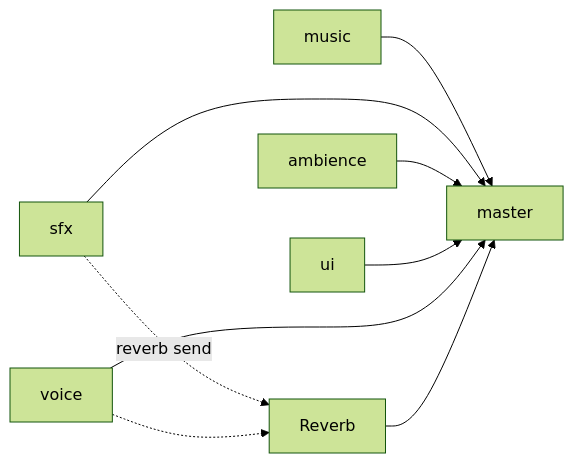
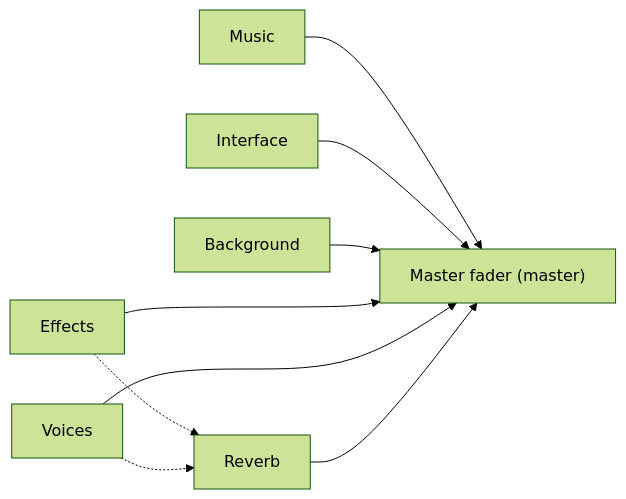
One commit to ChristianHohlfeld/kernengine.de changed the diagram in kern/docs/book-green/07-audio.md. Above: the diagram before and after it, drawn with Mermaid (forest theme). The commit also changed other lines of this file and 22 other files, not shown here.

````diff
--- a/kern/docs/book-green/07-audio.md
+++ b/kern/docs/book-green/07-audio.md
@@ -109,11 +170,12 @@
 ```mermaid
+%% Caption: Five buses drive to the master fader; some of the sounds take the detour through the reverb
 flowchart LR
-  M[music] --> MA[master]
-  S[sfx] --> MA
-  A[ambience] --> MA
-  U[ui] --> MA
-  V[voice] --> MA
-  S -. reverb send .-> H[Reverb]
+  M[Music] --> MA["Master fader (master)"]
+  U[Interface] --> MA
+  A[Background] --> MA
+  S[Effects] --> MA
+  V[Voices] --> MA
+  S -.-> H[Reverb]
   V -.-> H
   H --> MA
 ```
````
